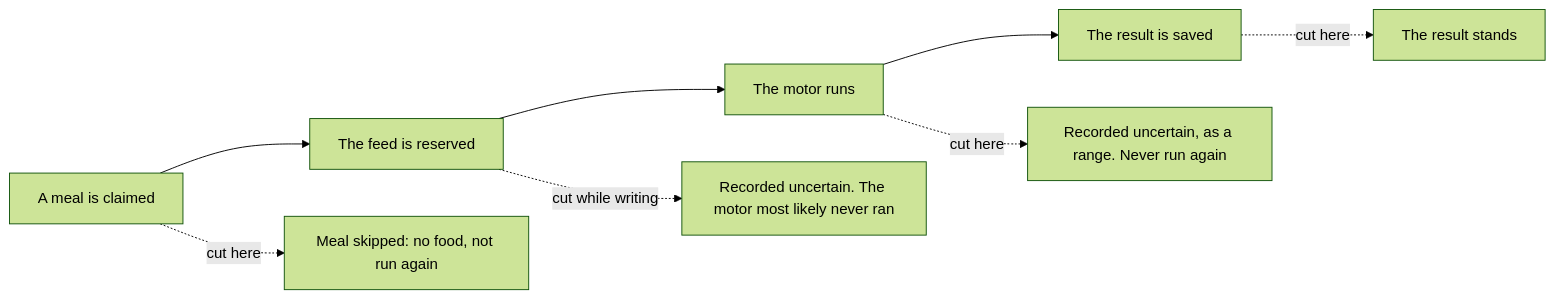
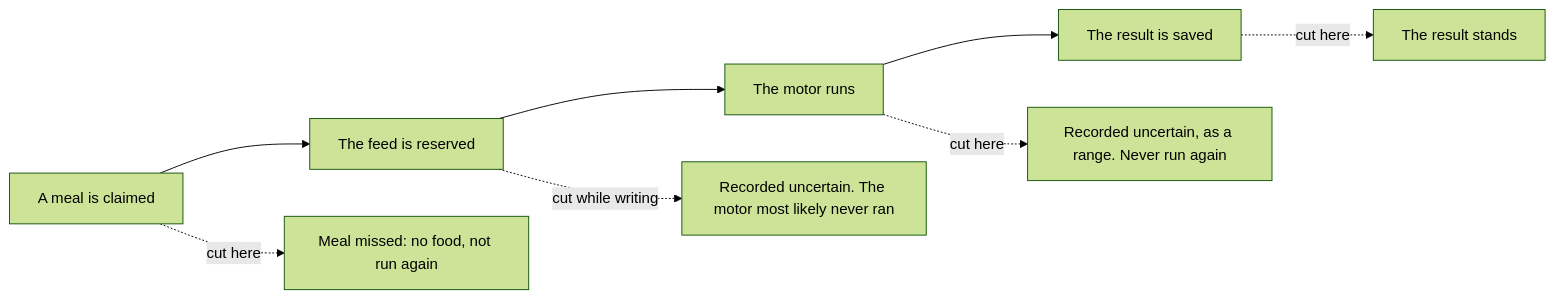
The fourth of 4 diagrams in docs/guide/how-it-works/feeding-safety.md (Isaac-Duarte/wellfed), drawn with Mermaid (forest theme) before and after one commit. The commit also changed other lines of this file and 22 other files, not shown here.

Commit message:
Call a meal the feeder could not run missed, so skipped means only a meal skipped on purpose

````diff
--- a/docs/guide/how-it-works/feeding-safety.md
+++ b/docs/guide/how-it-works/feeding-safety.md
@@ -81,11 +81,11 @@
 ```mermaid
 %% svg: feed-power-cut.svg
 flowchart LR
   claim["A meal is claimed"] --> reserve["The feed is reserved"]
   reserve --> run["The motor runs"]
   run --> saved["The result is saved"]
-  claim -.->|cut here| a["Meal skipped: no food, not run again"]
+  claim -.->|cut here| a["Meal missed: no food, not run again"]
   reserve -.->|cut while writing| b["Recorded uncertain. The motor most likely never ran"]
   run -.->|cut here| c["Recorded uncertain, as a range. Never run again"]
   saved -.->|cut here| d["The result stands"]
 ```
````
